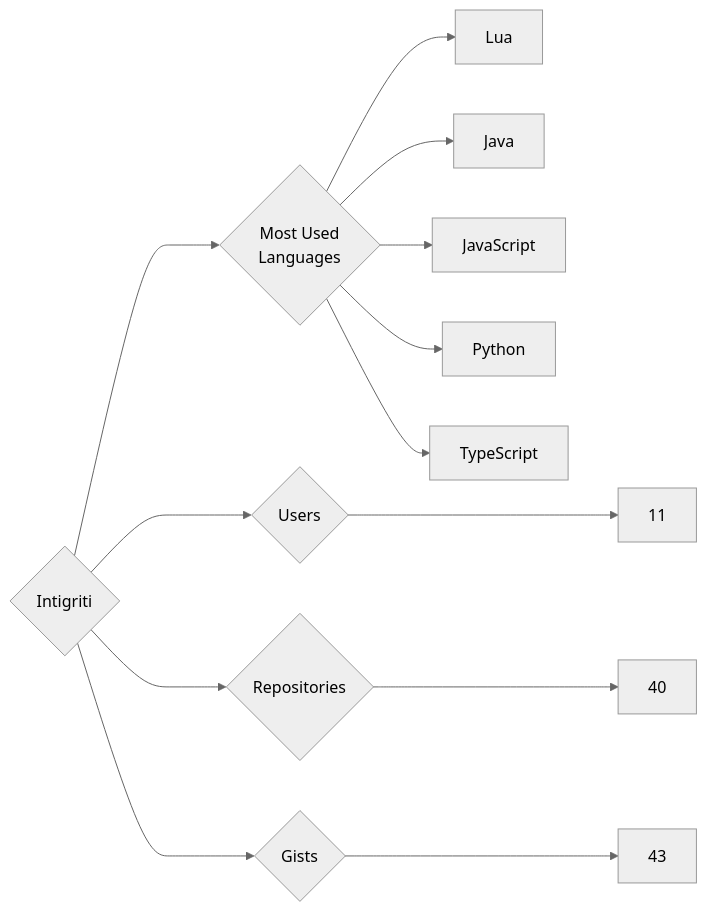
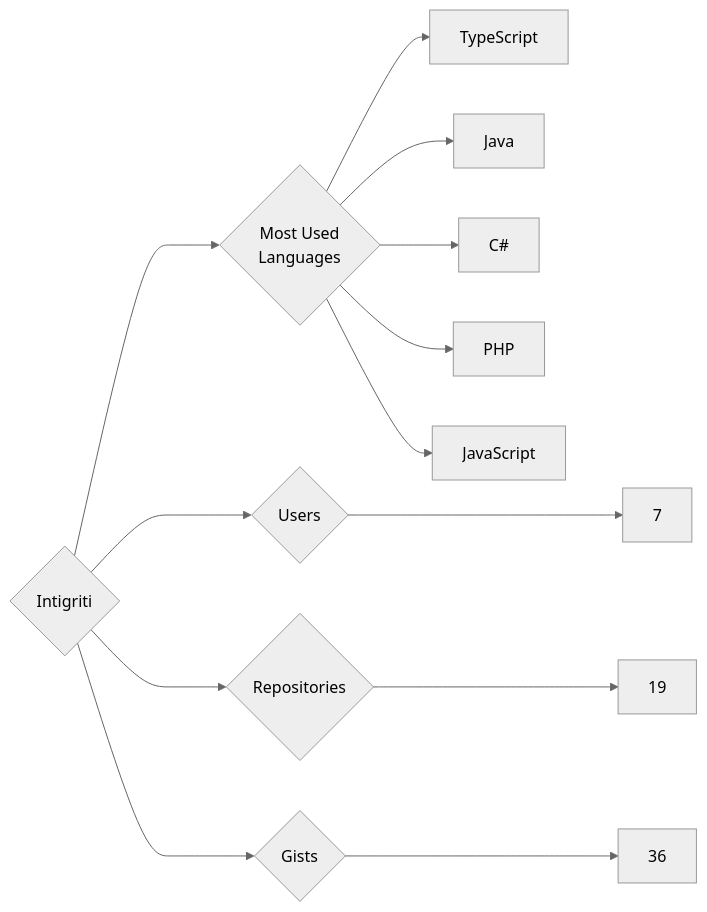
The diagram in targets/Intigriti/README.md (trickest/insiders), drawn with Mermaid (neutral theme) before and after one commit. The commit also changed 1148 other files, not shown here.

````diff
--- a/targets/Intigriti/README.md
+++ b/targets/Intigriti/README.md
@@ -3,13 +3,13 @@
 ```mermaid
 graph LR
 COMPANY_NAME{Intigriti}
-COMPANY_NAME ---> U{Users} ---> UN[11]
-COMPANY_NAME ---> R{Repositories} ---> RN[40]
-COMPANY_NAME ---> G{Gists} ---> GN[43]
+COMPANY_NAME ---> U{Users} ---> UN[7]
+COMPANY_NAME ---> R{Repositories} ---> RN[19]
+COMPANY_NAME ---> G{Gists} ---> GN[36]
 COMPANY_NAME ---> ML{Most Used<br>Languages}
-ML --> Lua[Lua]
+ML --> TypeScript[TypeScript]
 ML --> Java[Java]
+ML --> C#[C#]
+ML --> PHP[PHP]
 ML --> JavaScript[JavaScript]
-ML --> Python[Python]
-ML --> TypeScript[TypeScript]
 ```
````
